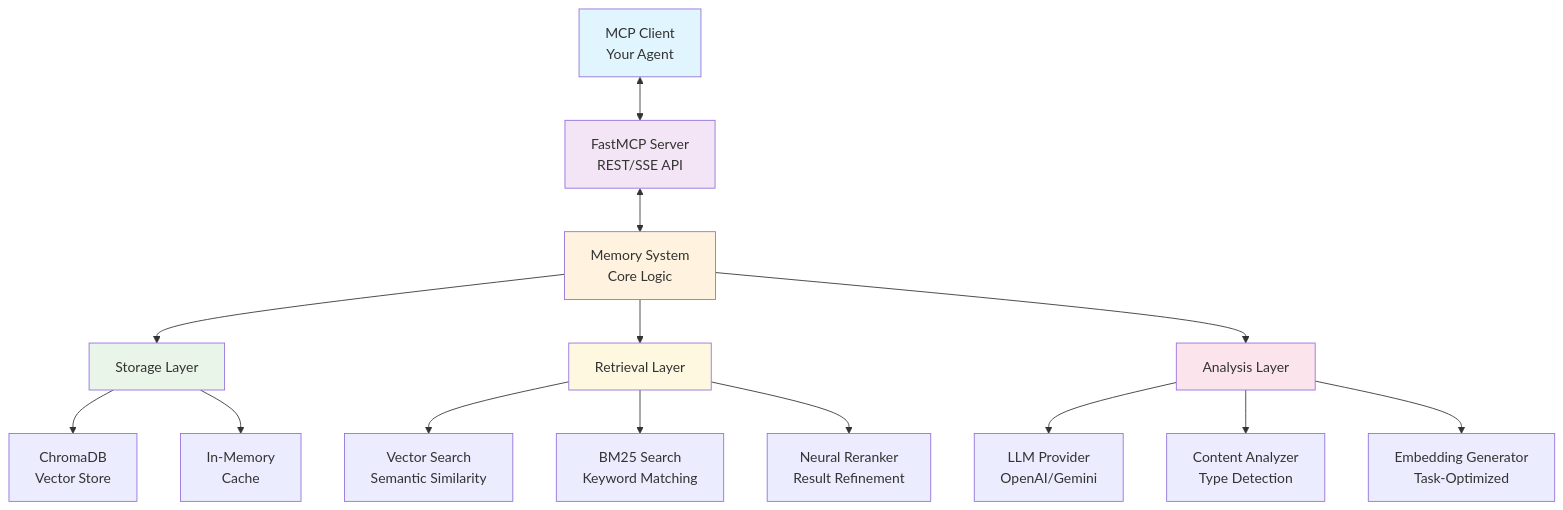
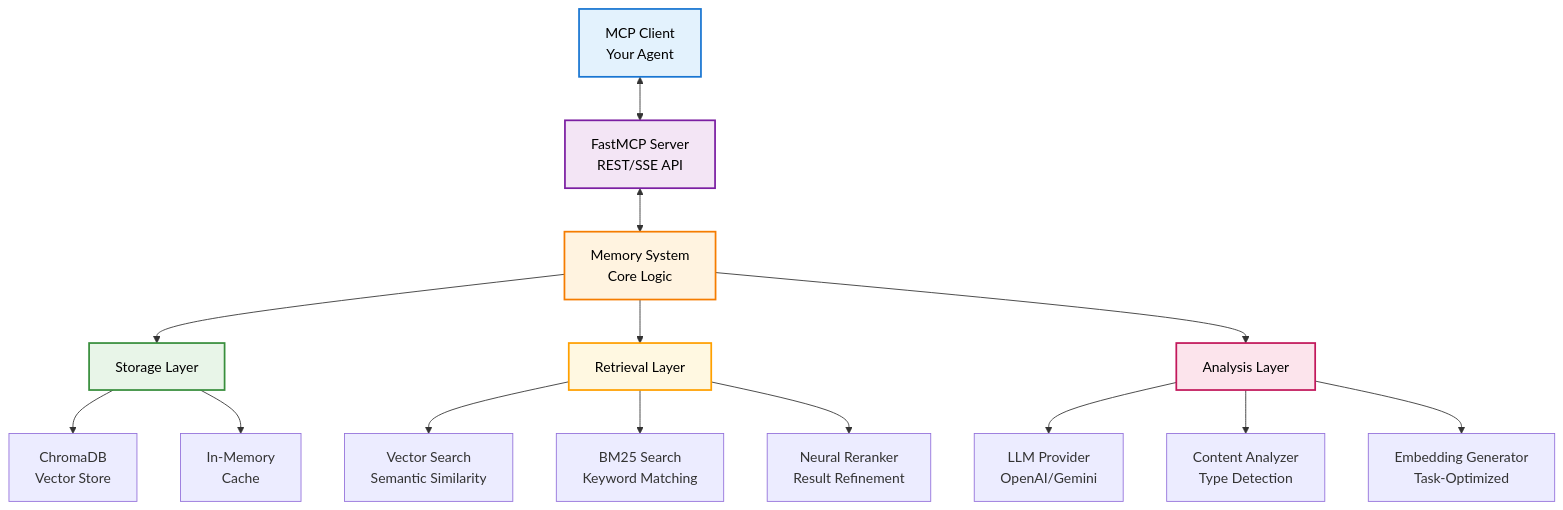
Before and after one commit to jpollard-cs/AMemCP: the diagram in README.md, drawn with Mermaid. The commit also changed other lines of this file, not shown here.

Commit message:
cleanup and minor improvements

````diff
--- a/README.md
+++ b/README.md
@@ -18,27 +18,27 @@
 ```mermaid
 graph TB
     Client[MCP Client<br/>Your Agent] <--> Server[FastMCP Server<br/>REST/SSE API]
     Server <--> Memory[Memory System<br/>Core Logic]
-
+    
     Memory --> Storage[Storage Layer]
-    Memory --> Retrieval[Retrieval Layer]
+    Memory --> Retrieval[Retrieval Layer] 
     Memory --> Analysis[Analysis Layer]
-
+    
     Storage --> ChromaDB[ChromaDB<br/>Vector Store]
     Storage --> Cache[In-Memory<br/>Cache]
-
+    
     Retrieval --> Vector[Vector Search<br/>Semantic Similarity]
     Retrieval --> BM25[BM25 Search<br/>Keyword Matching]
     Retrieval --> Reranker[Neural Reranker<br/>Result Refinement]
-
+    
     Analysis --> LLM[LLM Provider<br/>OpenAI/Gemini]
     Analysis --> ContentAnalyzer[Content Analyzer<br/>Type Detection]
     Analysis --> Embedder[Embedding Generator<br/>Task-Optimized]
-
-    style Client fill:#e1f5fe
-    style Server fill:#f3e5f5
-    style Memory fill:#fff3e0
-    style Storage fill:#e8f5e8
-    style Retrieval fill:#fff8e1
-    style Analysis fill:#fce4ec
+    
+    style Client fill:#e3f2fd,stroke:#1976d2,stroke-width:2px,color:#000
+    style Server fill:#f3e5f5,stroke:#7b1fa2,stroke-width:2px,color:#000
+    style Memory fill:#fff3e0,stroke:#f57c00,stroke-width:2px,color:#000
+    style Storage fill:#e8f5e8,stroke:#388e3c,stroke-width:2px,color:#000
+    style Retrieval fill:#fff8e1,stroke:#ffa000,stroke-width:2px,color:#000
+    style Analysis fill:#fce4ec,stroke:#c2185b,stroke-width:2px,color:#000
 ```
````
